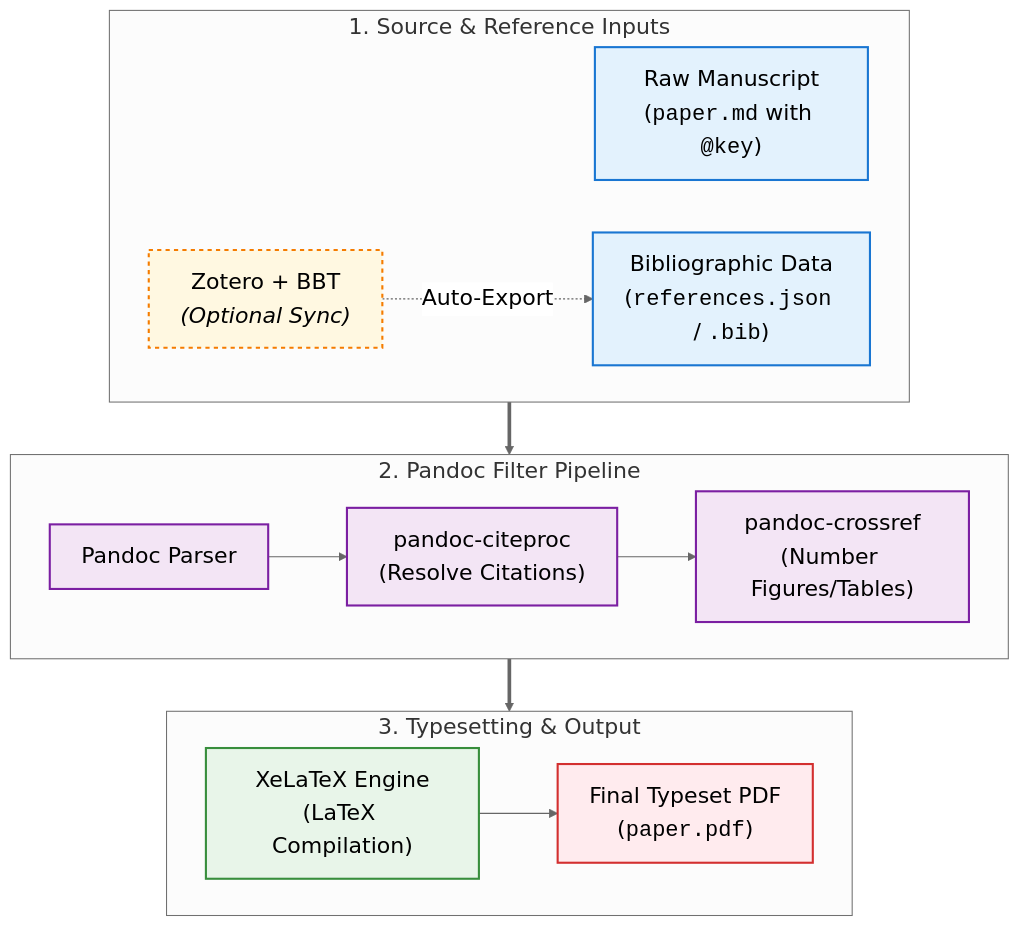
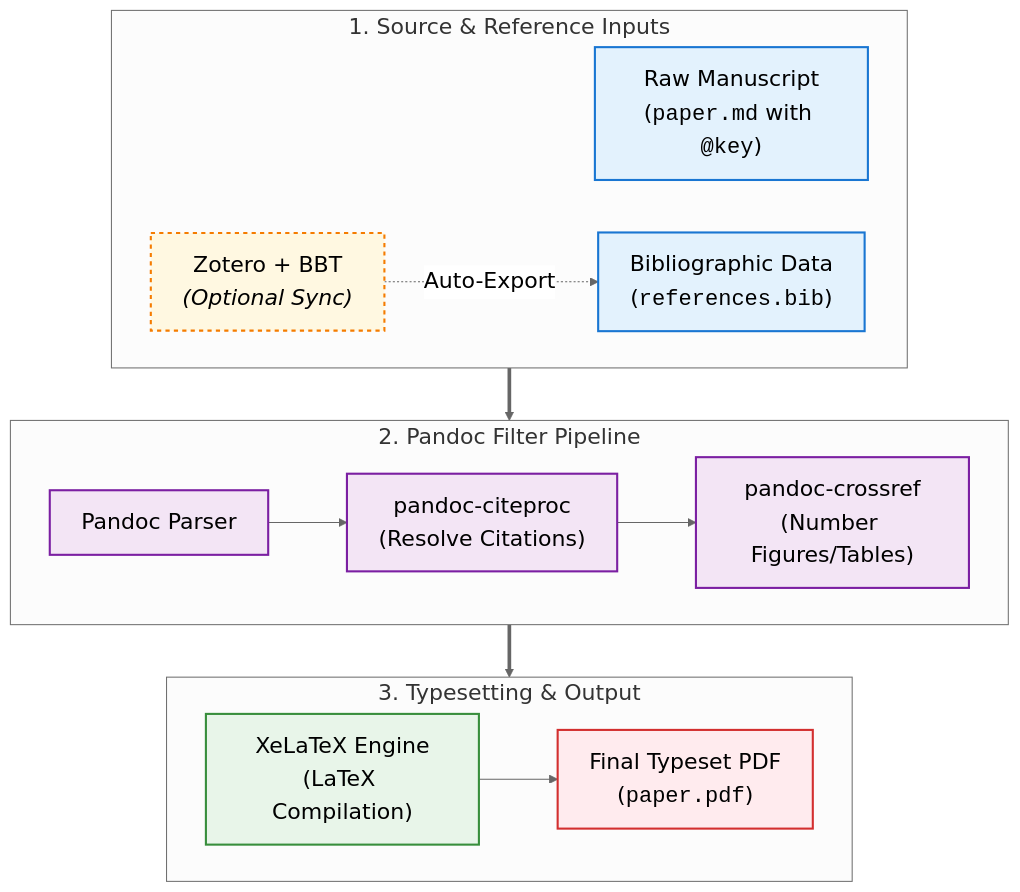
One commit to naihongzhou1029/markdown_academic_writing_workflow changed the diagram in paper.md. Above: the diagram before and after it, drawn with Mermaid. The commit also changed other lines of this file and 9 other files, not shown here.

````diff
--- a/paper.md
+++ b/paper.md
@@ -103,32 +103,32 @@
 ```mermaid
 %%{init: {"theme": "neutral", "themeVariables": {"fontSize": "21px", "fontFamily": "arial, sans-serif", "primaryTextColor": "#000000"}}}%%
 flowchart TD
     subgraph S1 ["1. Source & Reference Inputs"]
         direction LR
         A["Raw Manuscript<br/>(<code>paper.md</code> with <code>@key</code>)"]
-        B["Bibliographic Data<br/>(<code>references.json</code> / <code>.bib</code>)"]
+        B["Bibliographic Data<br/>(<code>references.bib</code>)"]
         Z["Zotero + BBT<br/><i>(Optional Sync)</i>"] -. Auto-Export .-> B
     end
 
     subgraph S2 ["2. Pandoc Filter Pipeline"]
         direction LR
         D["Pandoc Parser"] --> E["pandoc-citeproc<br/>(Resolve Citations)"] --> F["pandoc-crossref<br/>(Number Figures/Tables)"]
     end
 
     subgraph S3 ["3. Typesetting & Output"]
         direction LR
         G["XeLaTeX Engine<br/>(LaTeX Compilation)"] --> H["Final Typeset PDF<br/>(<code>paper.pdf</code>)"]
     end
 
     S1 ==> S2
     S2 ==> S3
 
     style A fill:#e3f2fd,stroke:#1976d2,stroke-width:2px,color:#000000
     style B fill:#e3f2fd,stroke:#1976d2,stroke-width:2px,color:#000000
     style Z fill:#fff8e1,stroke:#f57c00,stroke-width:2px,stroke-dasharray: 4 4,color:#000000
     style D fill:#f3e5f5,stroke:#7b1fa2,stroke-width:2px,color:#000000
     style E fill:#f3e5f5,stroke:#7b1fa2,stroke-width:2px,color:#000000
     style F fill:#f3e5f5,stroke:#7b1fa2,stroke-width:2px,color:#000000
     style G fill:#e8f5e9,stroke:#388e3c,stroke-width:2px,color:#000000
     style H fill:#ffebee,stroke:#d32f2f,stroke-width:2px,color:#000000
 ```
````
